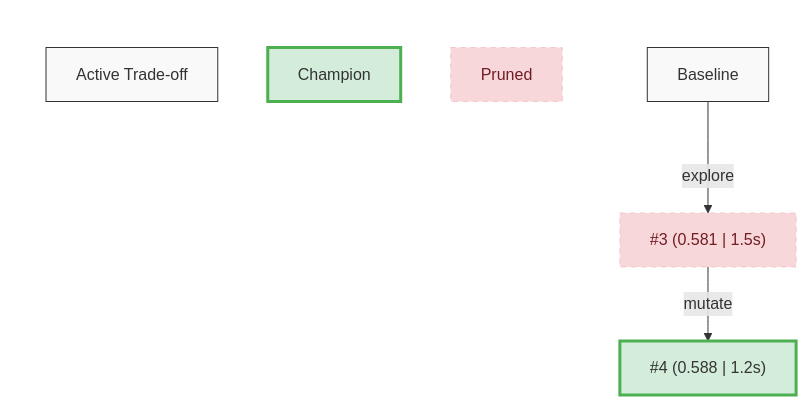
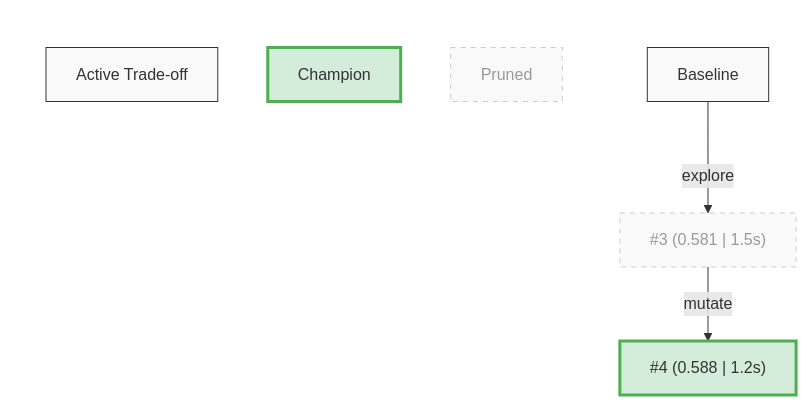
Before and after one commit to kaiwong-sapiens/gh-evolve: the second of 2 diagrams in skills/evolve/SKILL.md, drawn with Mermaid.

Commit message:
style: change 'pruned' node colors from bright red to a muted, withered grey to visually recede dead branches

````diff
--- a/skills/evolve/SKILL.md
+++ b/skills/evolve/SKILL.md
@@ -245,20 +245,20 @@
 ```mermaid
 graph TD
   Baseline["Baseline"]
   PR3["#3 (0.581 | 1.5s)"]:::pruned
   PR4["#4 (0.588 | 1.2s)"]:::champion
   Baseline -- explore --> PR3
   PR3 -- mutate --> PR4
 
   classDef default fill:#f9f9f9,stroke:#333,stroke-width:1px;
   classDef champion fill:#d4edda,stroke:#4caf50,stroke-width:3px;
-  classDef pruned fill:#f8d7da,stroke:#f5c6cb,stroke-width:1px,color:#721c24,stroke-dasharray: 5 5;
+  classDef pruned fill:#f9f9f9,stroke:#ccc,stroke-width:1px,color:#999,stroke-dasharray: 5 5;
 
   subgraph Legend [" "]
     direction TB
     L1["Active Trade-off"]
     L2["Champion"]:::champion
     L3["Pruned"]:::pruned
   end
   style Legend fill:none,stroke:none
 ```
````
